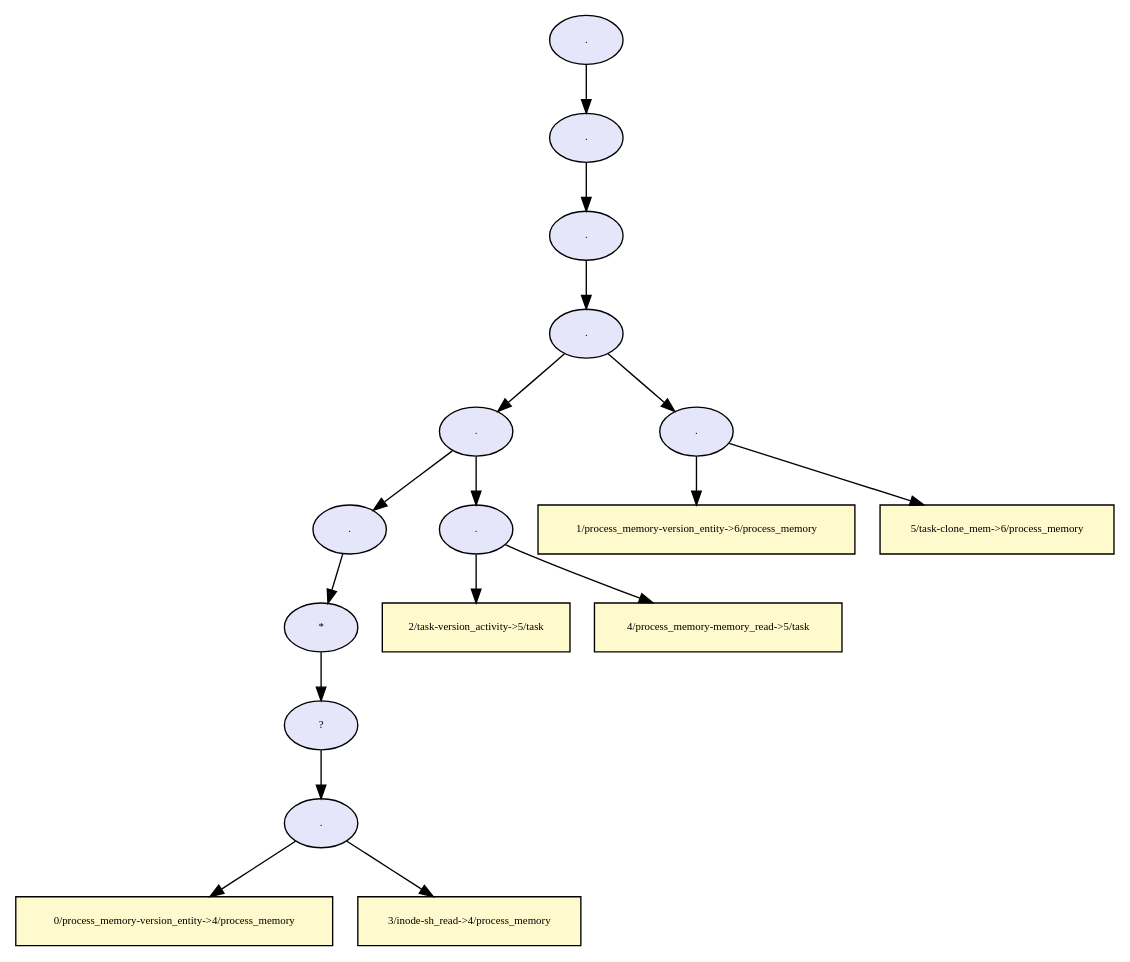
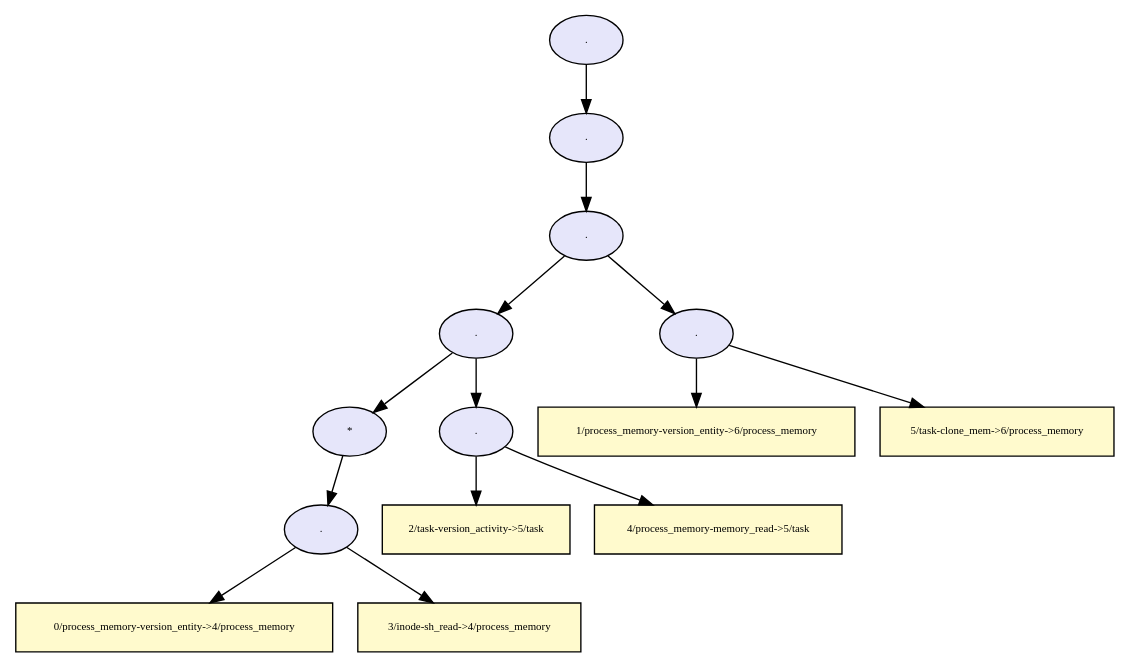
Before and after one commit to TinkerBellSystem/graph-matching: the diagram in dot/provenance_cred_prepare_tree.dot, drawn with Graphviz. The commit also changed 68 other files, not shown here.

```diff
--- a/dot/provenance_cred_prepare_tree.dot
+++ b/dot/provenance_cred_prepare_tree.dot
@@ -1,67 +1,55 @@
 digraph RGL__DirectedAdjacencyGraph {16[fontsize = 8,label = ".",shape = ellipse, fillcolor="#e6e6fa", style = filled]
 
-16 -> 15[fontsize = 8, color="#000000"]
-
-15[fontsize = 8,label = ".",shape = ellipse, fillcolor="#e6e6fa", style = filled]
-
-15 -> 14[fontsize = 8, color="#000000"]
+16 -> 14[fontsize = 8, color="#000000"]
 
 14[fontsize = 8,label = ".",shape = ellipse, fillcolor="#e6e6fa", style = filled]
 
 14 -> 13[fontsize = 8, color="#000000"]
 
 13[fontsize = 8,label = ".",shape = ellipse, fillcolor="#e6e6fa", style = filled]
 
 13 -> 9[fontsize = 8, color="#000000"]
 
 9[fontsize = 8,label = ".",shape = ellipse, fillcolor="#e6e6fa", style = filled]
 
-9 -> 5[fontsize = 8, color="#000000"]
-
-5[fontsize = 8,label = ".",shape = ellipse, fillcolor="#e6e6fa", style = filled]
-
-5 -> 4[fontsize = 8, color="#000000"]
+9 -> 4[fontsize = 8, color="#000000"]
 
 4[fontsize = 8,label = "*",shape = ellipse, fillcolor="#e6e6fa", style = filled]
 
-4 -> 3[fontsize = 8, color="#000000"]
-
-3[fontsize = 8,label = "?",shape = ellipse, fillcolor="#e6e6fa", style = filled]
-
-3 -> 2[fontsize = 8, color="#000000"]
+4 -> 2[fontsize = 8, color="#000000"]
 
 2[fontsize = 8,label = ".",shape = ellipse, fillcolor="#e6e6fa", style = filled]
 
 2 -> 0[fontsize = 8, color="#000000"]
 
 0[fontsize = 8,label = "0/process_memory-version_entity->4/process_memory",shape = rectangle, fillcolor="#fffacd", style = filled]
 
 2 -> 1[fontsize = 8, color="#000000"]
 
 1[fontsize = 8,label = "3/inode-sh_read->4/process_memory",shape = rectangle, fillcolor="#fffacd", style = filled]
 
 9 -> 8[fontsize = 8, color="#000000"]
 
 8[fontsize = 8,label = ".",shape = ellipse, fillcolor="#e6e6fa", style = filled]
 
 8 -> 6[fontsize = 8, color="#000000"]
 
 6[fontsize = 8,label = "2/task-version_activity->5/task",shape = rectangle, fillcolor="#fffacd", style = filled]
 
 8 -> 7[fontsize = 8, color="#000000"]
 
 7[fontsize = 8,label = "4/process_memory-memory_read->5/task",shape = rectangle, fillcolor="#fffacd", style = filled]
 
 13 -> 12[fontsize = 8, color="#000000"]
 
 12[fontsize = 8,label = ".",shape = ellipse, fillcolor="#e6e6fa", style = filled]
 
 12 -> 10[fontsize = 8, color="#000000"]
 
 10[fontsize = 8,label = "1/process_memory-version_entity->6/process_memory",shape = rectangle, fillcolor="#fffacd", style = filled]
 
 12 -> 11[fontsize = 8, color="#000000"]
 
 11[fontsize = 8,label = "5/task-clone_mem->6/process_memory",shape = rectangle, fillcolor="#fffacd", style = filled]
 
 }
```
